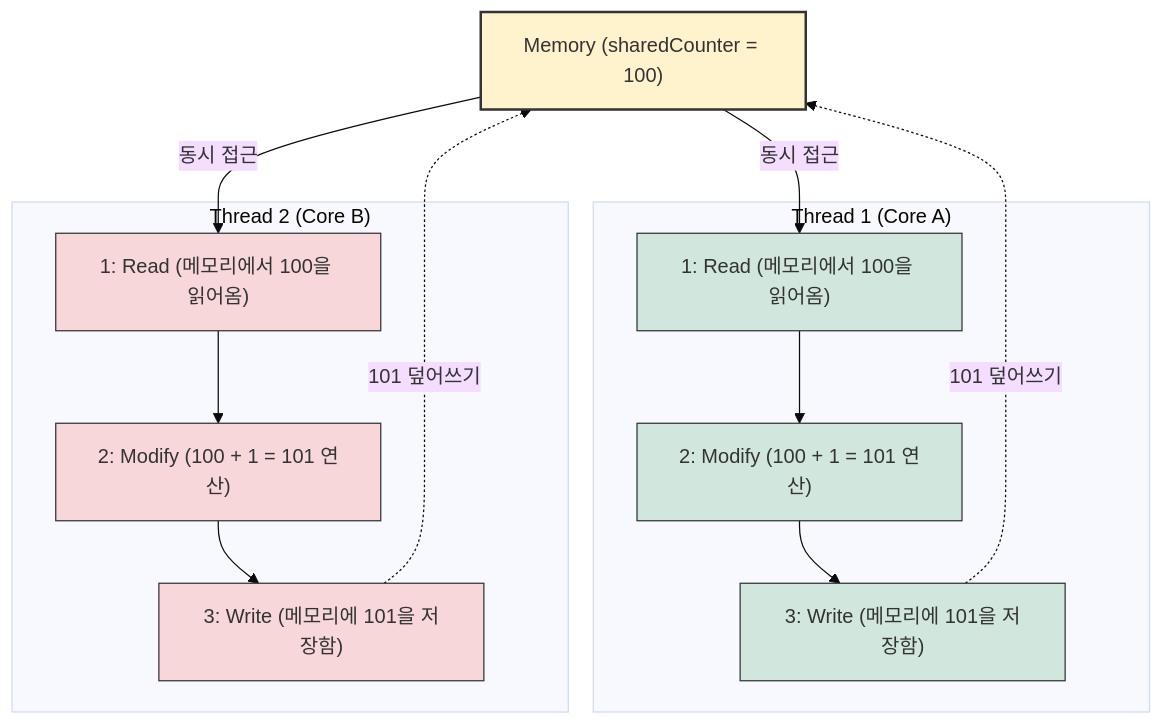
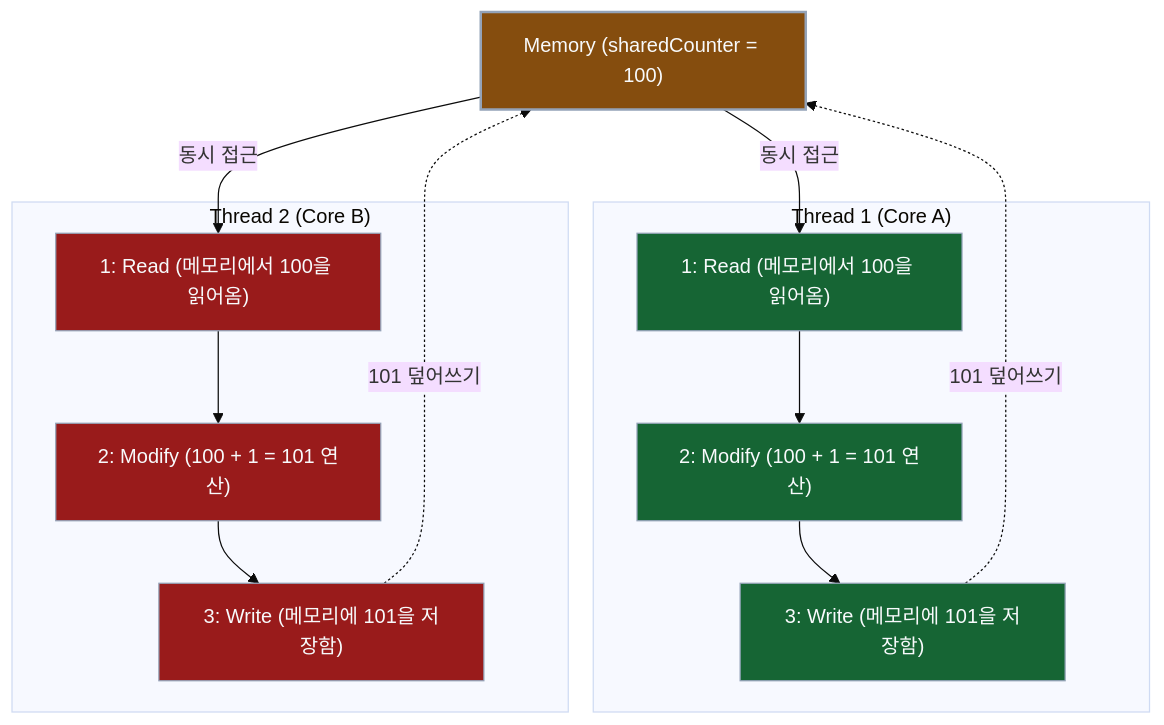
Before and after one commit to Kang-Hyesung/kang-hyesung.github.io: the third of 4 diagrams in _posts/java/12-멀티스레드_기본_이론/2026-03-03-프로세스와-스레드.md, drawn with Mermaid (base theme). The commit also changed other lines of this file and 74 other files, not shown here.

Commit message:
docs: update post visibility and mermaid colors

````diff
--- a/_posts/java/12-멀티스레드_기본_이론/2026-03-03-프로세스와-스레드.md
+++ b/_posts/java/12-멀티스레드_기본_이론/2026-03-03-프로세스와-스레드.md
@@ -170,38 +170,38 @@
 ```mermaid
 graph TD
     A["Memory (sharedCounter = 100)"]
 
     subgraph "Thread 1 (Core A)"
         B["1: Read (메모리에서 100을 읽어옴)"]
         C["2: Modify (100 + 1 = 101 연산)"]
         D["3: Write (메모리에 101을 저장함)"]
     end
 
     subgraph "Thread 2 (Core B)"
         E["1: Read (메모리에서 100을 읽어옴)"]
         F["2: Modify (100 + 1 = 101 연산)"]
         G["3: Write (메모리에 101을 저장함)"]
     end
 
     A -->|동시 접근| B
     A -->|동시 접근| E
     
     B --> C
     E --> F
     
     C --> D
     F --> G
     
     D -.->|101 덮어쓰기| A
     G -.->|101 덮어쓰기| A
 
     %% 스타일 정의
-    style A fill:#fff3cd,stroke:#333,stroke-width:2px
-    style B fill:#d1e7dd,stroke:#333
-    style C fill:#d1e7dd,stroke:#333
-    style D fill:#d1e7dd,stroke:#333
-    style E fill:#f8d7da,stroke:#333
-    style F fill:#f8d7da,stroke:#333
-    style G fill:#f8d7da,stroke:#333
+    style A fill:#854d0e,stroke:#94a3b8,stroke-width:2px,color:#f8fafc
+    style B fill:#166534,stroke:#94a3b8,color:#f8fafc
+    style C fill:#166534,stroke:#94a3b8,color:#f8fafc
+    style D fill:#166534,stroke:#94a3b8,color:#f8fafc
+    style E fill:#991b1b,stroke:#94a3b8,color:#f8fafc
+    style F fill:#991b1b,stroke:#94a3b8,color:#f8fafc
+    style G fill:#991b1b,stroke:#94a3b8,color:#f8fafc
 
 ```
````
